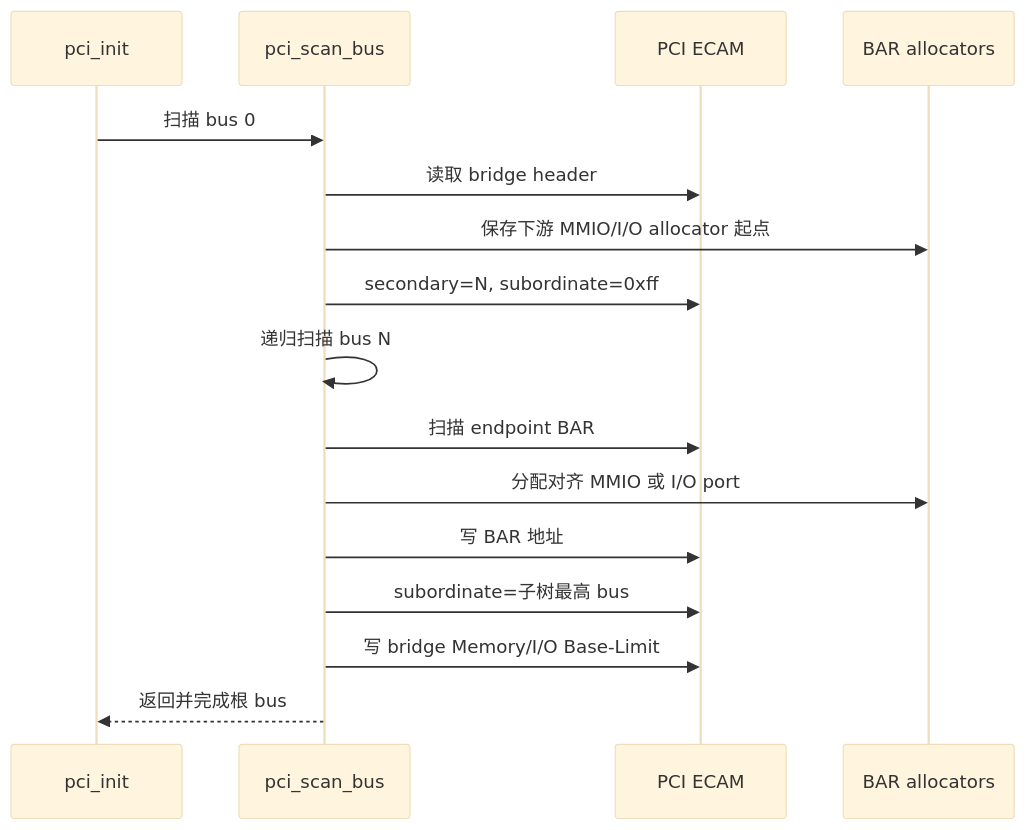
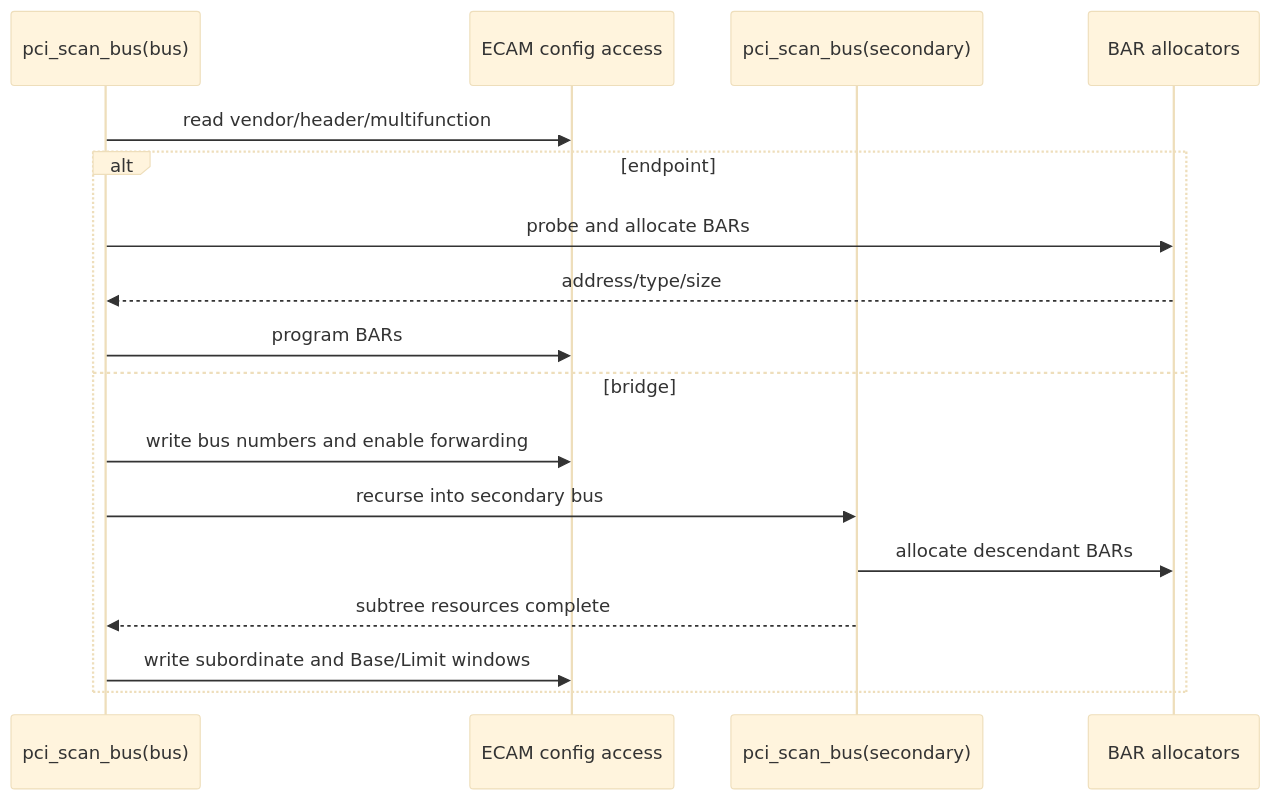
Before and after one commit to huangtan203/avisor: the second of 4 diagrams in docs/Phase108_PCI桥递归枚举与IO_BAR分配_详细设计文档.md, drawn with Mermaid (base theme). The commit also changed other lines of this file, not shown here.

Commit message:
docs(pci): rebuild Phase 108 bridge design

````diff
--- a/docs/Phase108_PCI桥递归枚举与IO_BAR分配_详细设计文档.md
+++ b/docs/Phase108_PCI桥递归枚举与IO_BAR分配_详细设计文档.md
@@ -34,18 +43,19 @@
 ```mermaid
 sequenceDiagram
-    participant Init as pci_init
-    participant Scan as pci_scan_bus
-    participant Cfg as PCI ECAM
+    participant Scan as pci_scan_bus(bus)
+    participant Cfg as ECAM config access
+    participant Child as pci_scan_bus(secondary)
     participant Alloc as BAR allocators
-    Init->>Scan: 扫描 bus 0
-    Scan->>Cfg: 读取 bridge header
-    Scan->>Alloc: 保存下游 MMIO/I/O allocator 起点
-    Scan->>Cfg: secondary=N, subordinate=0xff
-    Scan->>Scan: 递归扫描 bus N
-    Scan->>Cfg: 扫描 endpoint BAR
-    Scan->>Alloc: 分配对齐 MMIO 或 I/O port
-    Scan->>Cfg: 写 BAR 地址
-    Scan->>Cfg: subordinate=子树最高 bus
-    Scan->>Cfg: 写 bridge Memory/I/O Base-Limit
-    Scan-->>Init: 返回并完成根 bus
+    Scan->>Cfg: read vendor/header/multifunction
+    alt endpoint
+        Scan->>Alloc: probe and allocate BARs
+        Alloc-->>Scan: address/type/size
+        Scan->>Cfg: program BARs
+    else bridge
+        Scan->>Cfg: write bus numbers and enable forwarding
+        Scan->>Child: recurse into secondary bus
+        Child->>Alloc: allocate descendant BARs
+        Child-->>Scan: subtree resources complete
+        Scan->>Cfg: write subordinate and Base/Limit windows
+    end
 ```
````
